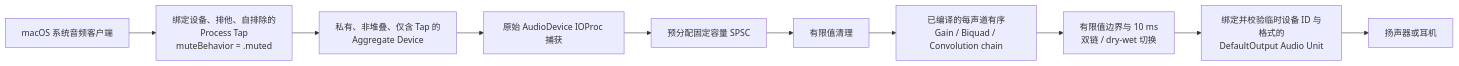
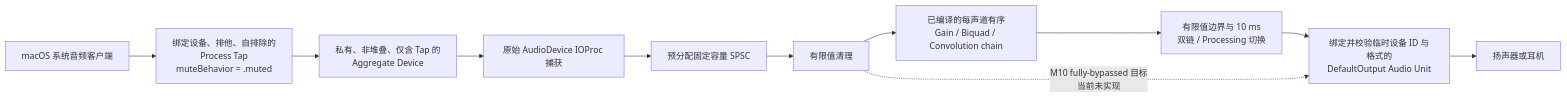
One commit to crmmc/EqualizerAU changed the second of 10 diagrams in docs/architecture.md. Above: the diagram before and after it, drawn with Mermaid. The commit also changed other lines of this file and 40 other files, not shown here.

````diff
--- a/docs/architecture.md
+++ b/docs/architecture.md
@@ -134,15 +147,16 @@
 ```mermaid
 flowchart LR
     A[macOS 系统音频客户端]
     B[绑定设备、排他、自排除的<br/>Process Tap<br/>muteBehavior = .muted]
     C[私有、非堆叠、仅含 Tap 的<br/>Aggregate Device]
     D[原始 AudioDevice IOProc 捕获]
     E[预分配固定容量 SPSC]
     F[有限值清理]
     G[已编译的每声道有序<br/>Gain / Biquad / Convolution chain]
-    H[有限值边界与 10 ms<br/>双链 / dry-wet 切换]
+    H[有限值边界与 10 ms<br/>双链 / Processing 切换]
     I[绑定并校验临时设备 ID 与格式的<br/>DefaultOutput Audio Unit]
     J[扬声器或耳机]
 
     A --> B --> C --> D --> E --> F --> G --> H --> I --> J
+    F -. M10 fully-bypassed 目标<br/>当前未实现 .-> I
 ```
````
